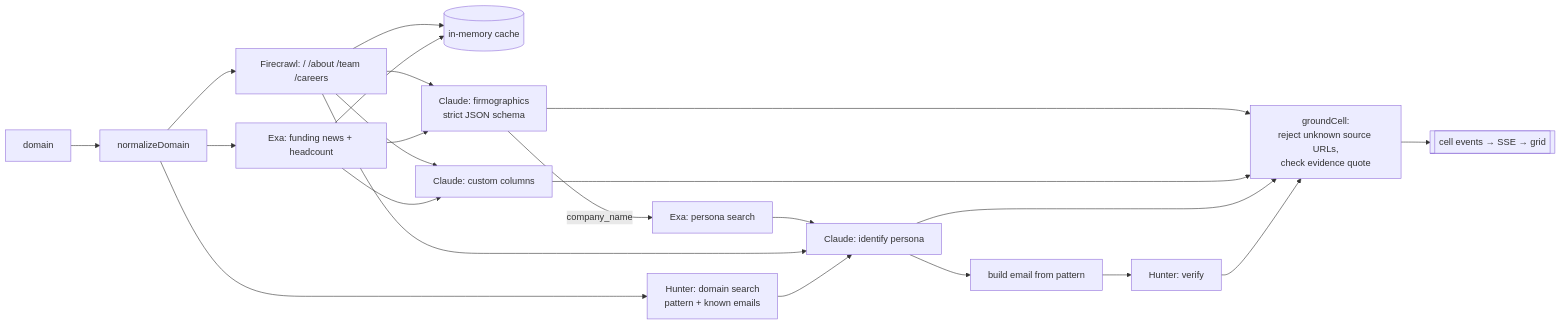
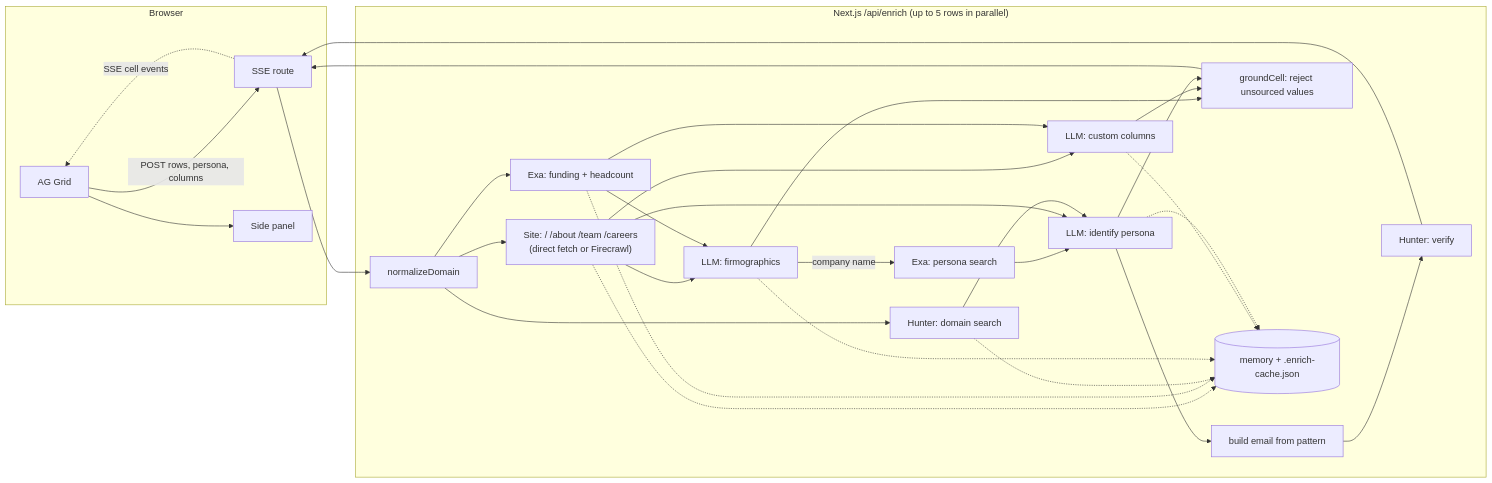
The diagram in README.md (prithvishahh/enrich_orangeSlice), drawn with Mermaid before and after one commit. The commit also changed other lines of this file and 22 other files, not shown here.

````diff
--- a/README.md
+++ b/README.md
@@ -39,16 +61,24 @@
 ```mermaid
 flowchart LR
-  D[domain] --> N[normalizeDomain]
-  N --> S1[Firecrawl: / /about /team /careers]
-  N --> S2[Exa: funding news + headcount]
-  N --> H1[Hunter: domain search<br/>pattern + known emails]
-  S1 & S2 --> C[(in-memory cache)]
-  S1 & S2 --> F[Claude: firmographics<br/>strict JSON schema]
-  S1 & S2 --> X[Claude: custom columns]
-  F -->|company_name| P1[Exa: persona search]
-  P1 & S1 & H1 --> P2[Claude: identify persona]
-  P2 --> E[build email from pattern]
-  E --> V[Hunter: verify]
-  F & X & P2 & V --> G[groundCell:<br/>reject unknown source URLs,<br/>check evidence quote]
-  G --> EV[[cell events → SSE → grid]]
+  subgraph Browser
+    G[AG Grid] -- POST rows, persona, columns --> R
+    R -. SSE cell events .-> G
+    G --> P[Side panel]
+  end
+  subgraph Server["Next.js /api/enrich (up to 5 rows in parallel)"]
+    R[SSE route] --> N[normalizeDomain]
+    N --> S1["Site: / /about /team /careers<br/>(direct fetch or Firecrawl)"]
+    N --> S2[Exa: funding + headcount]
+    N --> H1[Hunter: domain search]
+    S1 & S2 --> F[LLM: firmographics]
+    S1 & S2 --> X[LLM: custom columns]
+    F -- company name --> P1[Exa: persona search]
+    P1 & S1 & H1 --> P2[LLM: identify persona]
+    P2 --> E[build email from pattern] --> V[Hunter: verify]
+    F & X & P2 --> GR[groundCell: reject unsourced values]
+    C[(memory + .enrich-cache.json)]
+    S1 & S2 & H1 & F & X & P2 -.-> C
+  end
+  GR --> R
+  V --> R
 ```
````
